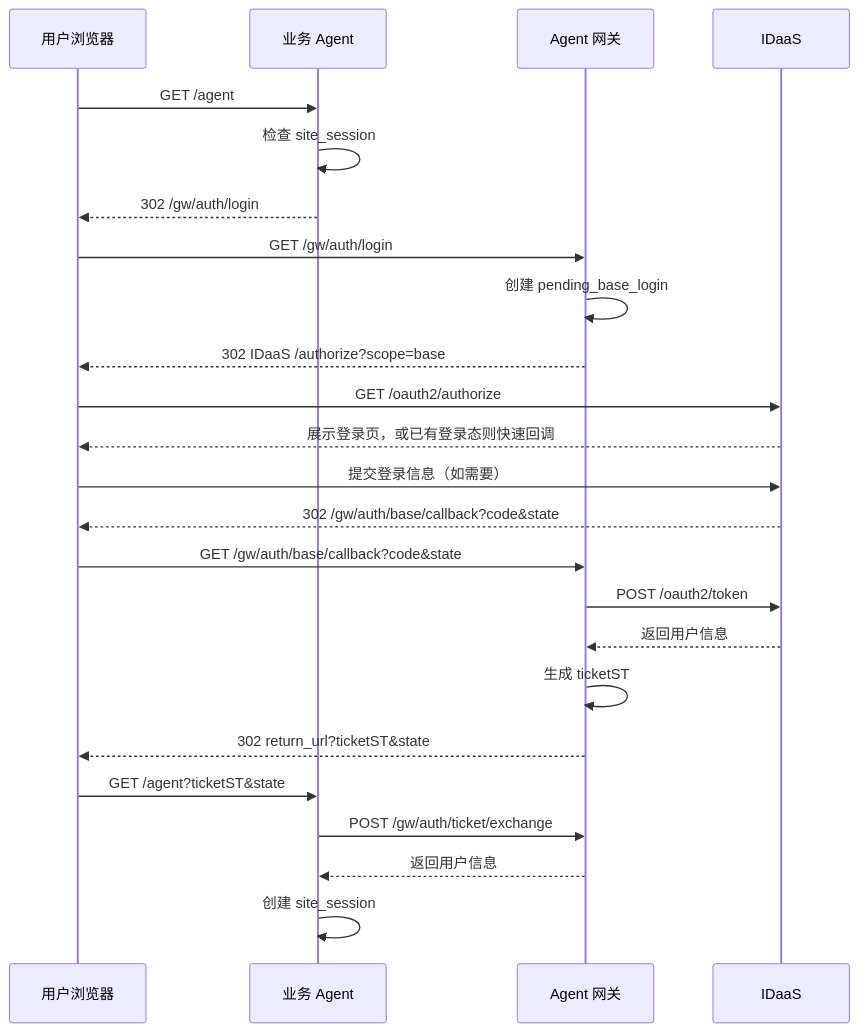
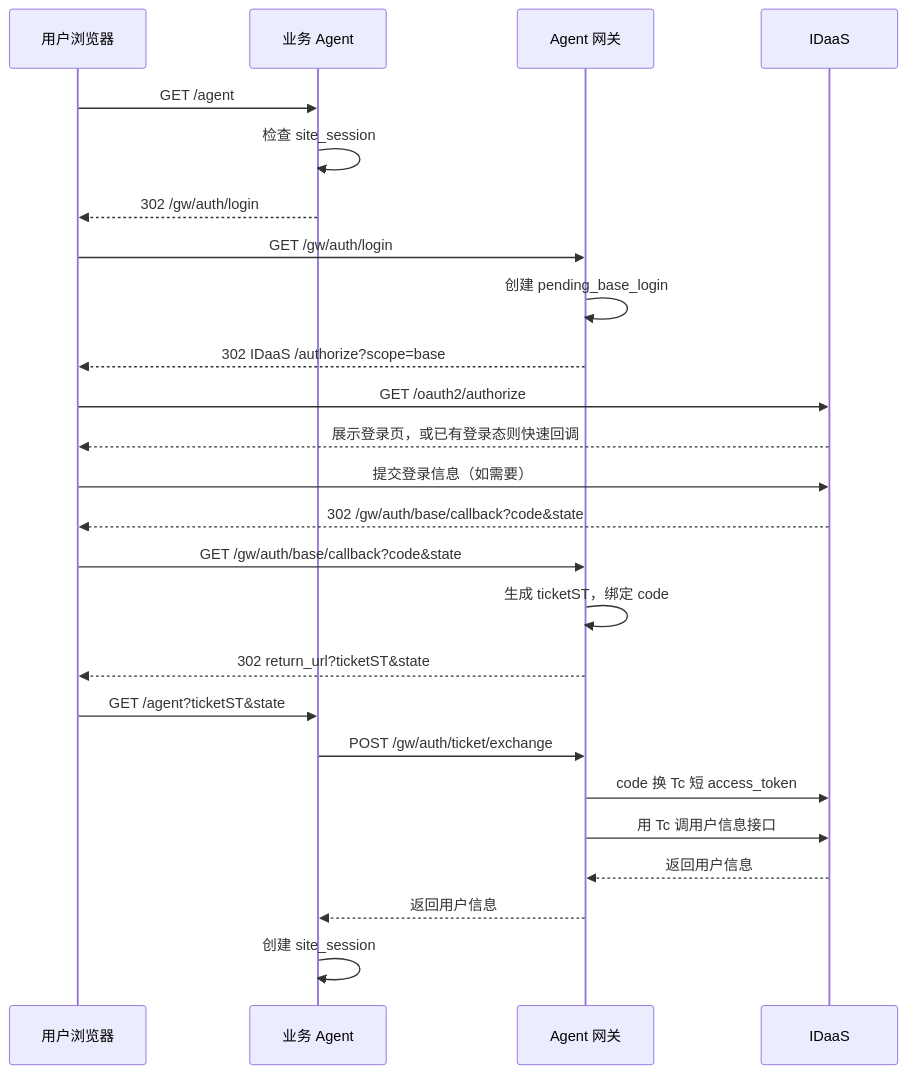
The diagram in docs/final_design/flow_details/01_base_login_ticketST.md (xuning117634-ux/auth-design-spec), drawn with Mermaid before and after one commit. The commit also changed other lines of this file and 51 other files, not shown here.

````diff
--- a/docs/final_design/flow_details/01_base_login_ticketST.md
+++ b/docs/final_design/flow_details/01_base_login_ticketST.md
@@ -9,27 +9,28 @@
 ```mermaid
 sequenceDiagram
     participant 用户 as 用户浏览器
     participant Agent as 业务 Agent
     participant GW as Agent 网关
     participant IDaaS as IDaaS
 
     用户->>Agent: GET /agent
     Agent->>Agent: 检查 site_session
     Agent-->>用户: 302 /gw/auth/login
     用户->>GW: GET /gw/auth/login
     GW->>GW: 创建 pending_base_login
     GW-->>用户: 302 IDaaS /authorize?scope=base
     用户->>IDaaS: GET /oauth2/authorize
     IDaaS-->>用户: 展示登录页，或已有登录态则快速回调
     用户->>IDaaS: 提交登录信息（如需要）
     IDaaS-->>用户: 302 /gw/auth/base/callback?code&state
     用户->>GW: GET /gw/auth/base/callback?code&state
-    GW->>IDaaS: POST /oauth2/token
-    IDaaS-->>GW: 返回用户信息
-    GW->>GW: 生成 ticketST
+    GW->>GW: 生成 ticketST，绑定 code
     GW-->>用户: 302 return_url?ticketST&state
     用户->>Agent: GET /agent?ticketST&state
     Agent->>GW: POST /gw/auth/ticket/exchange
+    GW->>IDaaS: code 换 Tc 短 access_token
+    GW->>IDaaS: 用 Tc 调用户信息接口
+    IDaaS-->>GW: 返回用户信息
     GW-->>Agent: 返回用户信息
     Agent->>Agent: 创建 site_session
 ```
````
